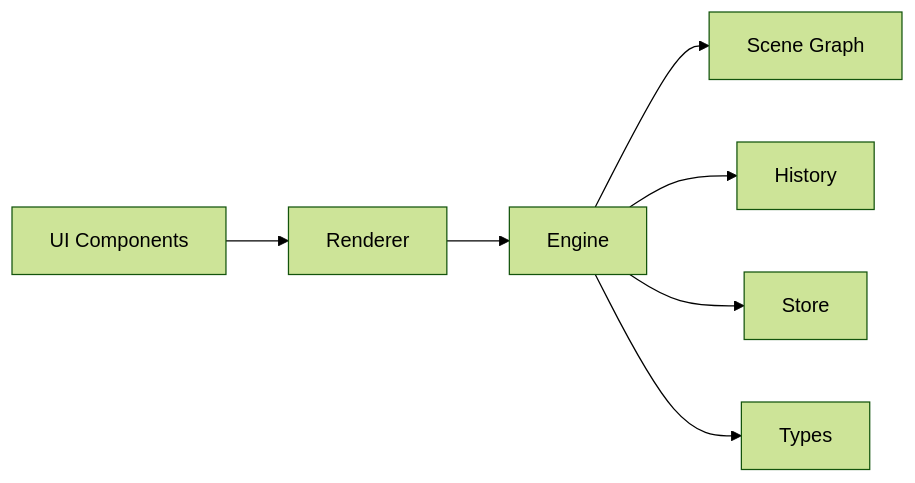
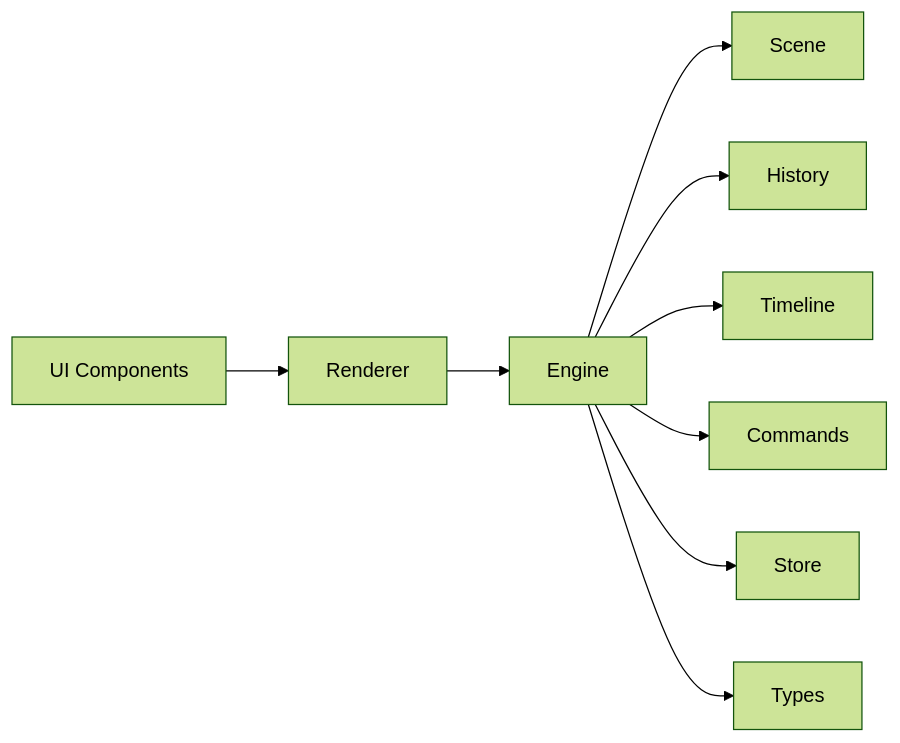
Diagram 12 of 12 in .qoder/repowiki/en/content/Core Engine System/Core Engine System.md (Anna0314zy/ai_editor_enginer), drawn with Mermaid (forest theme) before and after one commit. The commit also changed other lines of this file and 41 other files, not shown here.

````diff
--- a/.qoder/repowiki/en/content/Core Engine System/Core Engine System.md
+++ b/.qoder/repowiki/en/content/Core Engine System/Core Engine System.md
@@ -449,9 +559,11 @@
 ```mermaid
 graph LR
 UI["UI Components"] --> RENDERER["Renderer"]
 RENDERER --> ENGINE["Engine"]
-ENGINE --> SCENE["Scene Graph"]
+ENGINE --> SCENE["Scene"]
 ENGINE --> HISTORY["History"]
+ENGINE --> TIMELINE["Timeline"]
+ENGINE --> COMMANDS["Commands"]
 ENGINE --> STORE["Store"]
 ENGINE --> TYPES["Types"]
 ```
````
